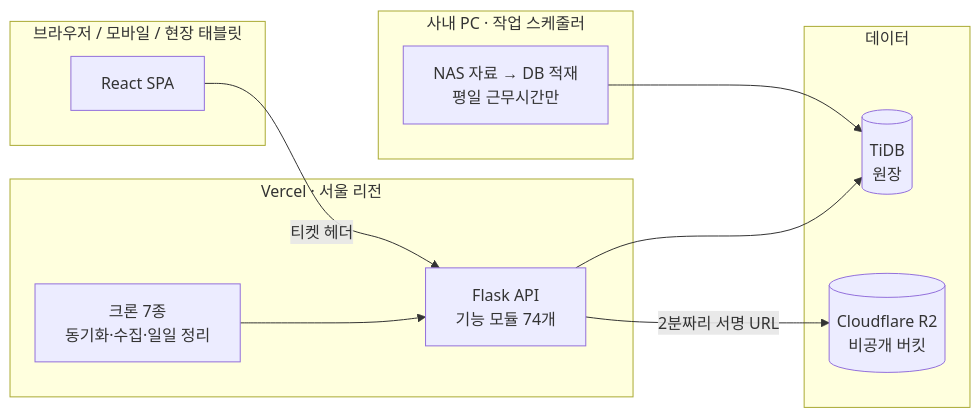
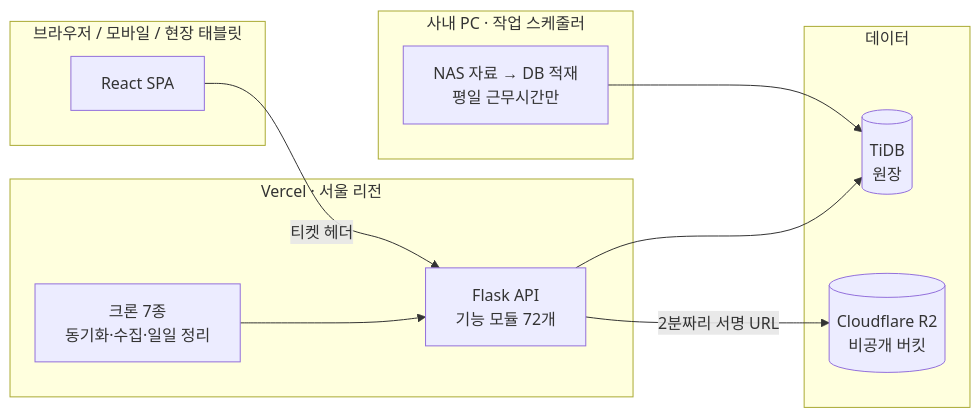
One commit to celldentity/celldentity changed the diagram in PROJECTS.md. Above: the diagram before and after it, drawn with Mermaid. The commit also changed other lines of this file and 1 other file, not shown here.

````diff
--- a/PROJECTS.md
+++ b/PROJECTS.md
@@ -28,22 +28,22 @@
 ```mermaid
 flowchart LR
   subgraph Client[브라우저 / 모바일 / 현장 태블릿]
     SPA[React SPA]
   end
   subgraph Vercel[Vercel · 서울 리전]
-    API[Flask API<br/>기능 모듈 74개]
+    API[Flask API<br/>기능 모듈 72개]
     CRON[크론 7종<br/>동기화·수집·일일 정리]
   end
   subgraph Data[데이터]
     DB[(TiDB<br/>원장)]
     R2[(Cloudflare R2<br/>비공개 버킷)]
   end
   subgraph Office[사내 PC · 작업 스케줄러]
     SYNC[NAS 자료 → DB 적재<br/>평일 근무시간만]
   end
   SPA -->|티켓 헤더| API
   API --> DB
   API -->|2분짜리 서명 URL| R2
   CRON --> API
   SYNC --> DB
 ```
````
